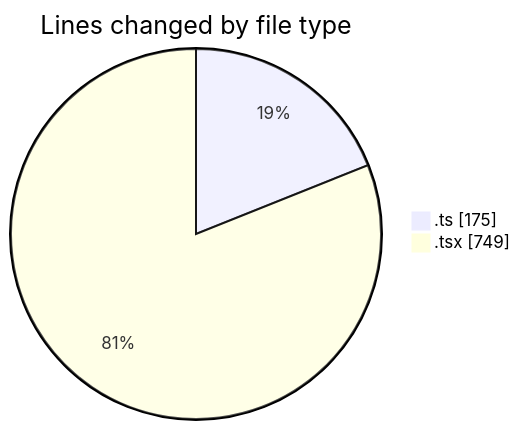
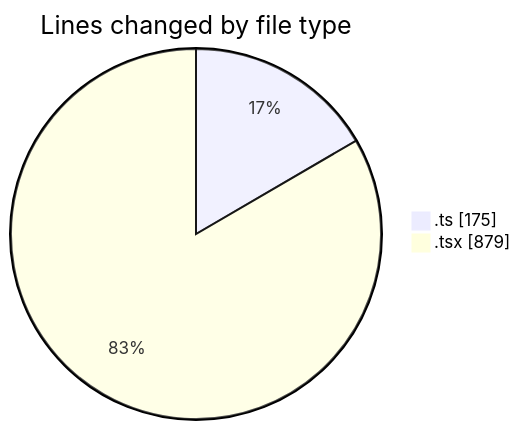
The first of 2 diagrams in 2025-12-02/cda/README.md (momahboobian/code-tracking), drawn with Mermaid before and after one commit. The commit also changed other lines of this file and 1 other file, not shown here.

````diff
--- a/2025-12-02/cda/README.md
+++ b/2025-12-02/cda/README.md
@@ -23,6 +23,6 @@
 ```mermaid
 pie showData
 title Lines changed by file type
 ".ts" : 175
-".tsx" : 749
+".tsx" : 879
 ```
````
